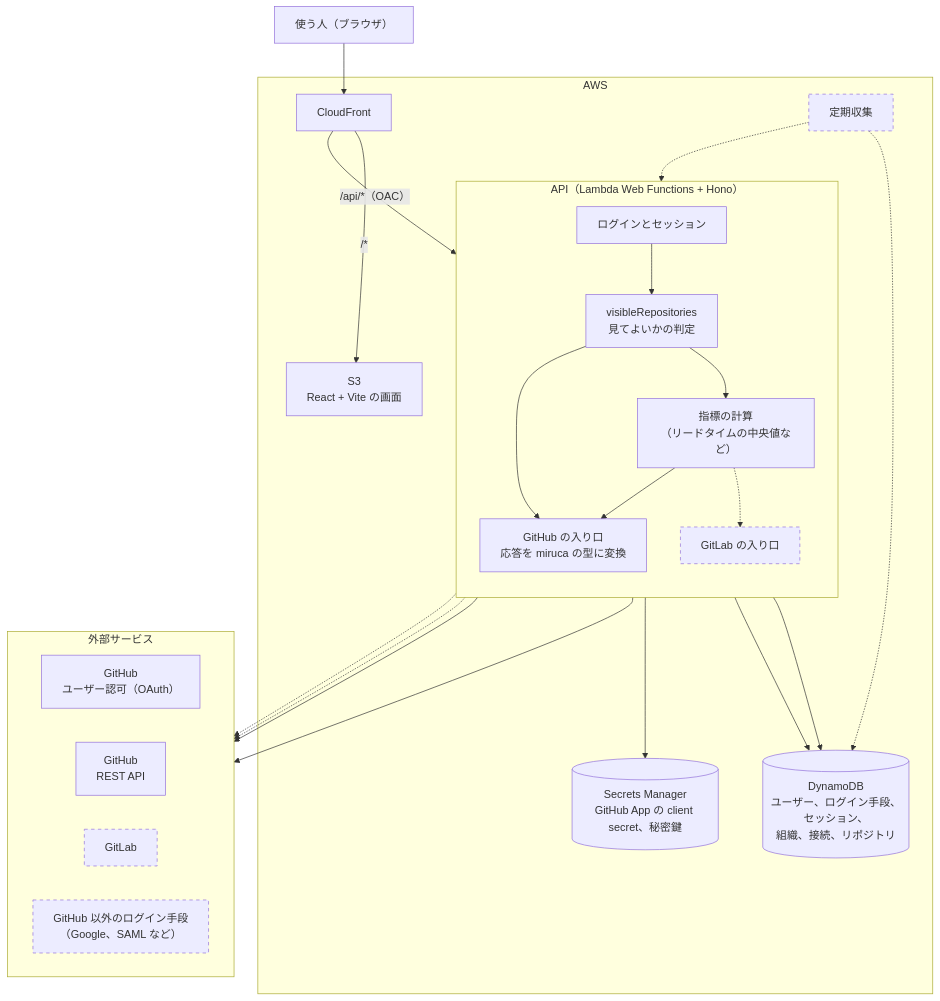
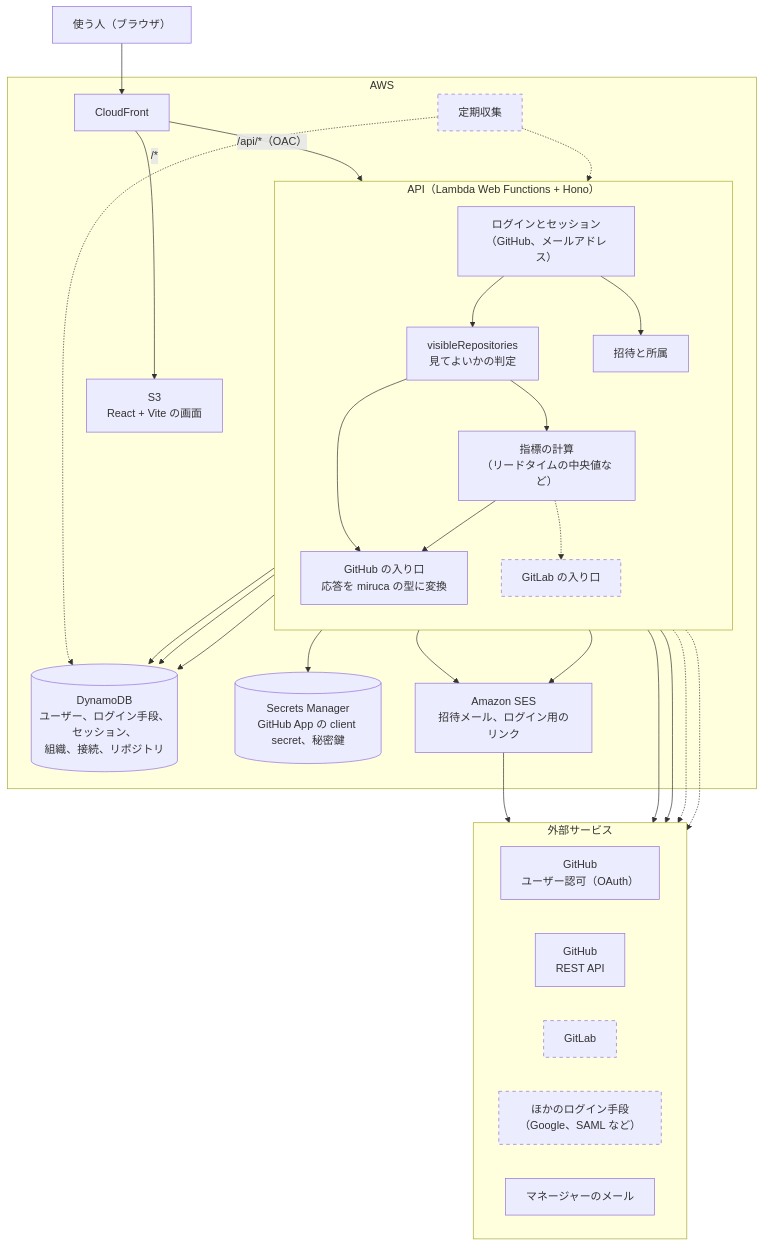
The first of 2 diagrams in docs/architecture.md (yamkazu/miruca), drawn with Mermaid before and after one commit. The commit also changed other lines of this file and 1 other file, not shown here.

First line of the commit message:
0.1 の PRD と構成図を、GitHub アカウントのないマネージャーも最初から見られる前提に変える

````diff
--- a/docs/architecture.md
+++ b/docs/architecture.md
@@ -7,48 +7,56 @@
 ```mermaid
 flowchart TB
   user["使う人（ブラウザ）"]
 
   subgraph aws["AWS"]
     cf["CloudFront"]
     s3["S3<br/>React + Vite の画面"]
     subgraph api["API（Lambda Web Functions + Hono）"]
       direction TB
-      auth["ログインとセッション"]
+      auth["ログインとセッション<br/>（GitHub、メールアドレス）"]
+      invite["招待と所属"]
       visible["visibleRepositories<br/>見てよいかの判定"]
       metrics["指標の計算<br/>（リードタイムの中央値など）"]
       gh["GitHub の入り口<br/>応答を miruca の型に変換"]
       gl["GitLab の入り口"]
     end
     collector["定期収集"]
     ddb[("DynamoDB<br/>ユーザー、ログイン手段、セッション、<br/>組織、接続、リポジトリ")]
     sm[("Secrets Manager<br/>GitHub App の client secret、秘密鍵")]
+    ses["Amazon SES<br/>招待メール、ログイン用のリンク"]
   end
 
   subgraph ext["外部サービス"]
     direction LR
     ghoauth["GitHub<br/>ユーザー認可（OAuth）"]
     ghapi["GitHub<br/>REST API"]
     gitlab["GitLab"]
-    idp["GitHub 以外のログイン手段<br/>（Google、SAML など）"]
+    idp["ほかのログイン手段<br/>（Google、SAML など）"]
+    mail["マネージャーのメール"]
   end
 
   user --> cf
   cf -- "/*" --> s3
   cf -- "/api/*（OAC）" --> auth
   auth --> visible --> metrics
+  auth --> invite
+  invite --> ddb
+  auth --> ses
+  invite --> ses
+  ses --> mail
   metrics --> gh
   visible --> gh
   metrics -.-> gl
   collector -.-> gh
   auth --> ddb
   visible --> ddb
   collector -.-> ddb
   gh --> sm
   auth --> ghoauth
   gh --> ghapi
   gl -.-> gitlab
   auth -.-> idp
 
   classDef future stroke-dasharray: 5 5
   class gl,collector,idp,gitlab future
 ```
````
